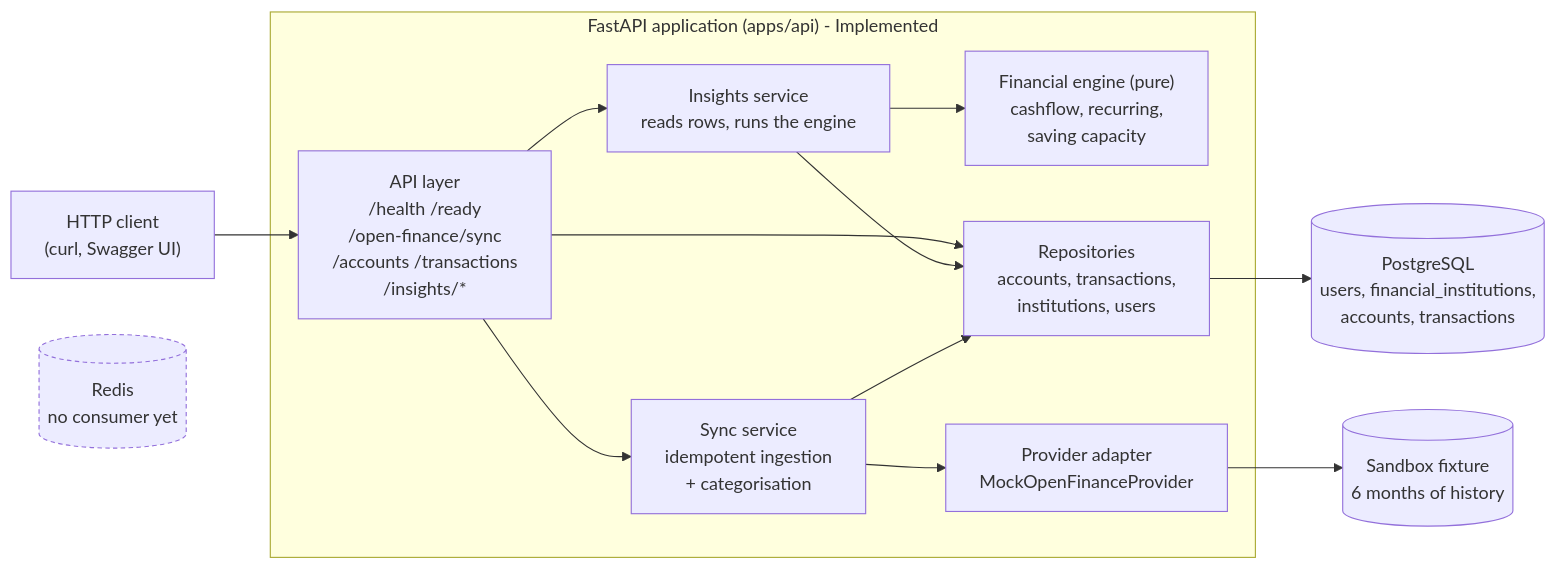
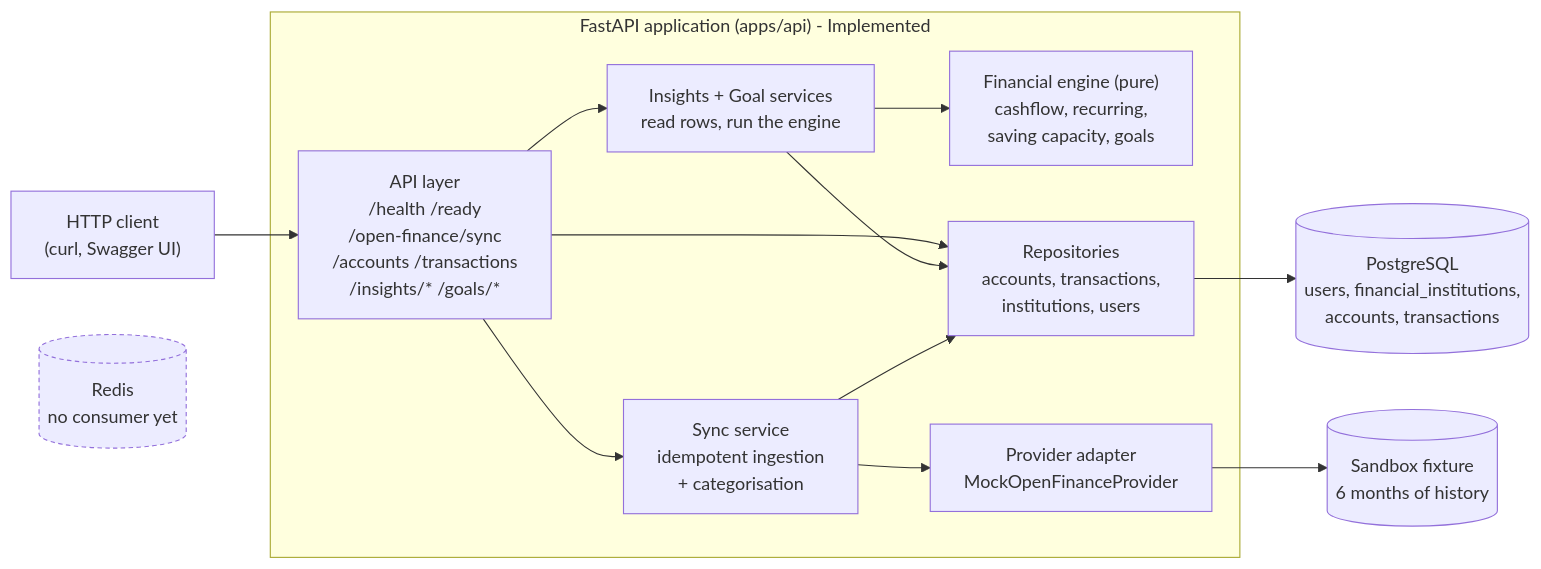
The first of 6 diagrams in docs/architecture.md (joaopaulodevv/compass), drawn with Mermaid before and after one commit. The commit also changed other lines of this file and 5 other files, not shown here.

First line of the commit message:
docs: document goals, and why no FinancialProfile table exists

````diff
--- a/docs/architecture.md
+++ b/docs/architecture.md
@@ -21,27 +22,27 @@
 ```mermaid
 flowchart LR
     client["HTTP client\n(curl, Swagger UI)"] --> api
 
     subgraph app["FastAPI application (apps/api) - Implemented"]
-        api["API layer\n/health /ready\n/open-finance/sync\n/accounts /transactions\n/insights/*"]
+        api["API layer\n/health /ready\n/open-finance/sync\n/accounts /transactions\n/insights/* /goals/*"]
         svc["Sync service\nidempotent ingestion\n+ categorisation"]
-        engine["Financial engine (pure)\ncashflow, recurring,\nsaving capacity"]
-        insights["Insights service\nreads rows, runs the engine"]
+        engine["Financial engine (pure)\ncashflow, recurring,\nsaving capacity, goals"]
+        insights["Insights + Goal services\nread rows, run the engine"]
         repo["Repositories\naccounts, transactions,\ninstitutions, users"]
         prov["Provider adapter\nMockOpenFinanceProvider"]
         api --> svc
         api --> insights
         api --> repo
         insights --> repo
         insights --> engine
         svc --> repo
         svc --> prov
     end
 
     prov --> fixture[("Sandbox fixture\n6 months of history")]
     repo --> postgres[("PostgreSQL\nusers, financial_institutions,\naccounts, transactions")]
     redis[("Redis\nno consumer yet")]
 
     classDef idle stroke-dasharray: 4 3
     class redis idle
 ```
````
